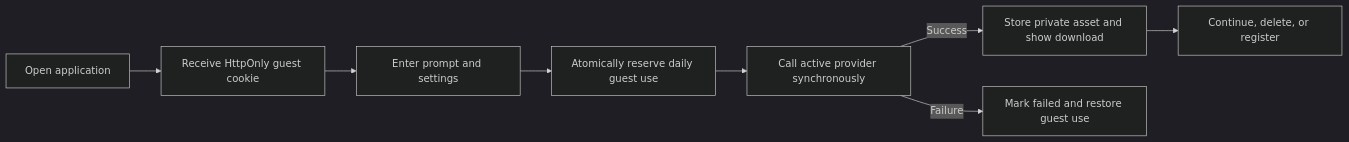
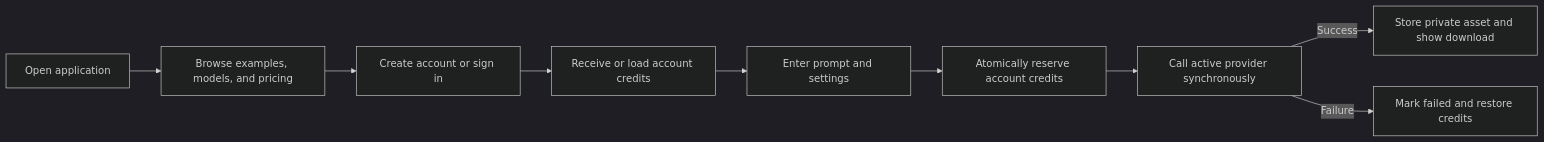
One commit to Tnsea/qwenimage3 changed the first of 2 diagrams in PRODUCT.md. Above: the diagram before and after it, drawn with Mermaid (dark theme). The commit also changed other lines of this file and 72 other files, not shown here.

Commit message:
Prepare account-gated pricing and live Stripe acceptance

````diff
--- a/PRODUCT.md
+++ b/PRODUCT.md
@@ -110,10 +111,11 @@
 ```mermaid
 flowchart LR
-  A[Open application] --> B[Receive HttpOnly guest cookie]
-  B --> C[Enter prompt and settings]
-  C --> D[Atomically reserve daily guest use]
-  D --> E[Call active provider synchronously]
-  E -->|Success| F[Store private asset and show download]
-  E -->|Failure| G[Mark failed and restore guest use]
-  F --> H[Continue, delete, or register]
+  A[Open application] --> B[Browse examples, models, and pricing]
+  B --> C[Create account or sign in]
+  C --> D[Receive or load account credits]
+  D --> E[Enter prompt and settings]
+  E --> F[Atomically reserve account credits]
+  F --> G[Call active provider synchronously]
+  G -->|Success| H[Store private asset and show download]
+  G -->|Failure| I[Mark failed and restore credits]
 ```
````
